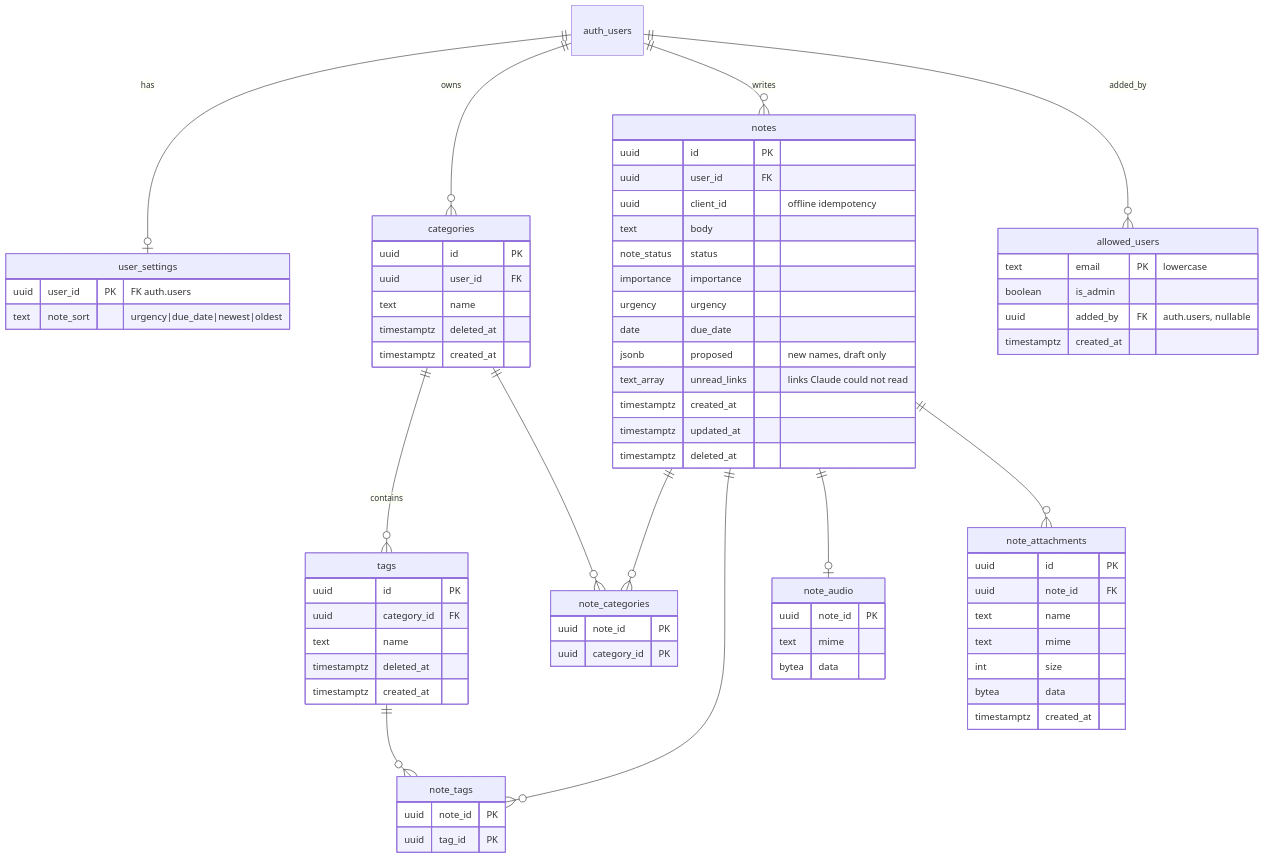
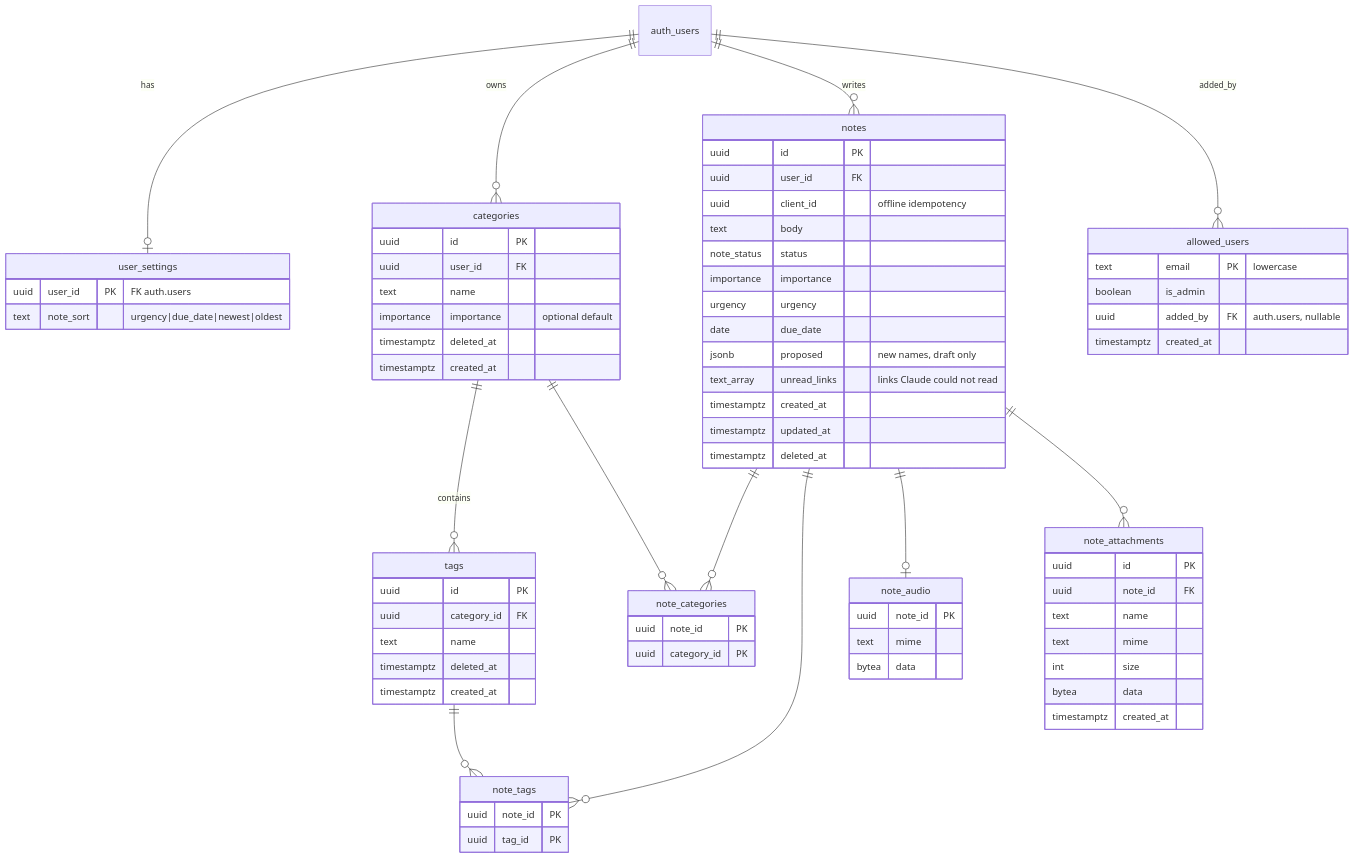
The diagram in docs/plan.md (droruri/notes-organizer), drawn with Mermaid before and after one commit. The commit also changed other lines of this file and 20 other files, not shown here.

````diff
--- a/docs/plan.md
+++ b/docs/plan.md
@@ -129,23 +130,23 @@
 ```mermaid
 erDiagram
   auth_users ||--o| user_settings : has
   auth_users ||--o{ categories : owns
   categories ||--o{ tags : contains
   auth_users ||--o{ notes : writes
   notes ||--o{ note_categories : ""
   categories ||--o{ note_categories : ""
   notes ||--o{ note_tags : ""
   tags ||--o{ note_tags : ""
   notes ||--o| note_audio : ""
   notes ||--o{ note_attachments : ""
   auth_users ||--o{ allowed_users : "added_by"
   user_settings { uuid user_id PK "FK auth.users" text note_sort "urgency|due_date|newest|oldest" }
-  categories { uuid id PK uuid user_id FK text name timestamptz deleted_at timestamptz created_at }
+  categories { uuid id PK uuid user_id FK text name importance importance "optional default" timestamptz deleted_at timestamptz created_at }
   tags { uuid id PK uuid category_id FK text name timestamptz deleted_at timestamptz created_at }
   notes { uuid id PK uuid user_id FK uuid client_id "offline idempotency" text body note_status status importance importance urgency urgency date due_date jsonb proposed "new names, draft only" text_array unread_links "links Claude could not read" timestamptz created_at timestamptz updated_at timestamptz deleted_at }
   note_categories { uuid note_id PK uuid category_id PK }
   note_tags { uuid note_id PK uuid tag_id PK }
   note_audio { uuid note_id PK text mime bytea data }
   note_attachments { uuid id PK uuid note_id FK text name text mime int size bytea data timestamptz created_at }
   allowed_users { text email PK "lowercase" boolean is_admin uuid added_by FK "auth.users, nullable" timestamptz created_at }
 ```
````
